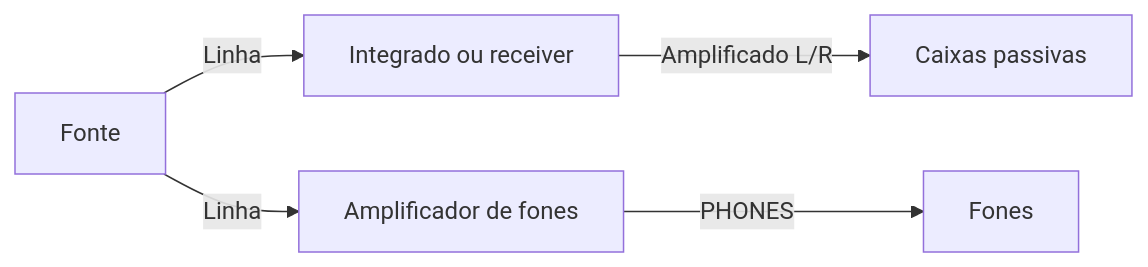
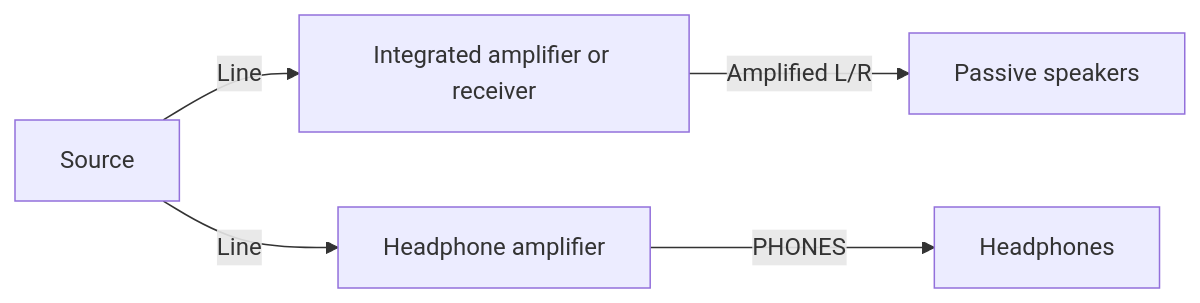
Before and after one commit to gperegr/AudioSystem: the diagram in docs/diagrams/home-01.mmd, drawn with Mermaid. The commit also changed 79 other files, not shown here.

```diff
--- a/docs/diagrams/home-01.mmd
+++ b/docs/diagrams/home-01.mmd
@@ -1,5 +1,5 @@
 flowchart LR
-    F["Fonte"] -->|"Linha"| I["Integrado ou receiver"]
-    I -->|"Amplificado L/R"| C["Caixas passivas"]
-    F -->|"Linha"| H["Amplificador de fones"]
-    H -->|"PHONES"| O["Fones"]
+    F["Source"] -->|"Line"| I["Integrated amplifier or receiver"]
+    I -->|"Amplified L/R"| C["Passive speakers"]
+    F -->|"Line"| H["Headphone amplifier"]
+    H -->|"PHONES"| O["Headphones"]
```
